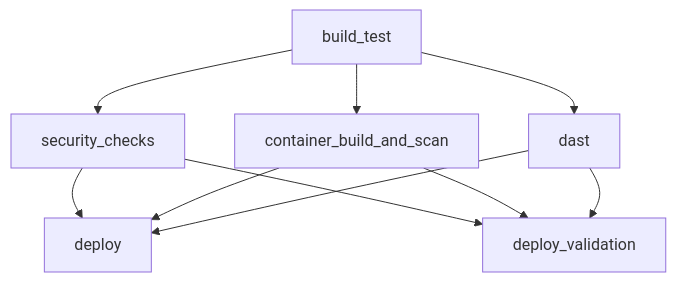
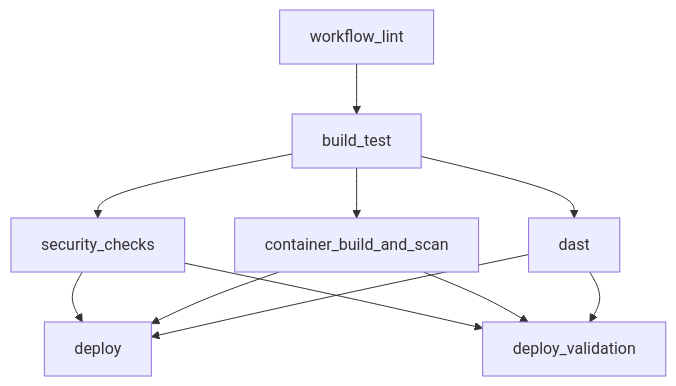
Before and after one commit to juice-shop/juice-shop: the diagram in docs/security-pipeline.md, drawn with Mermaid. The commit also changed other lines of this file and 4 other files, not shown here.

Commit message:
ci: add workflow lint gate and zap exception governance

````diff
--- a/docs/security-pipeline.md
+++ b/docs/security-pipeline.md
@@ -7,12 +7,13 @@
 ```mermaid
 flowchart TD
-  BT[build_test] --> SC[security_checks]
+  WL[workflow_lint] --> BT[build_test]
+  BT --> SC[security_checks]
   BT --> CS[container_build_and_scan]
   BT --> DZ[dast]
   SC --> DP[deploy]
   CS --> DP
   DZ --> DP
   SC --> DV[deploy_validation]
   CS --> DV
   DZ --> DV
 ```
````
